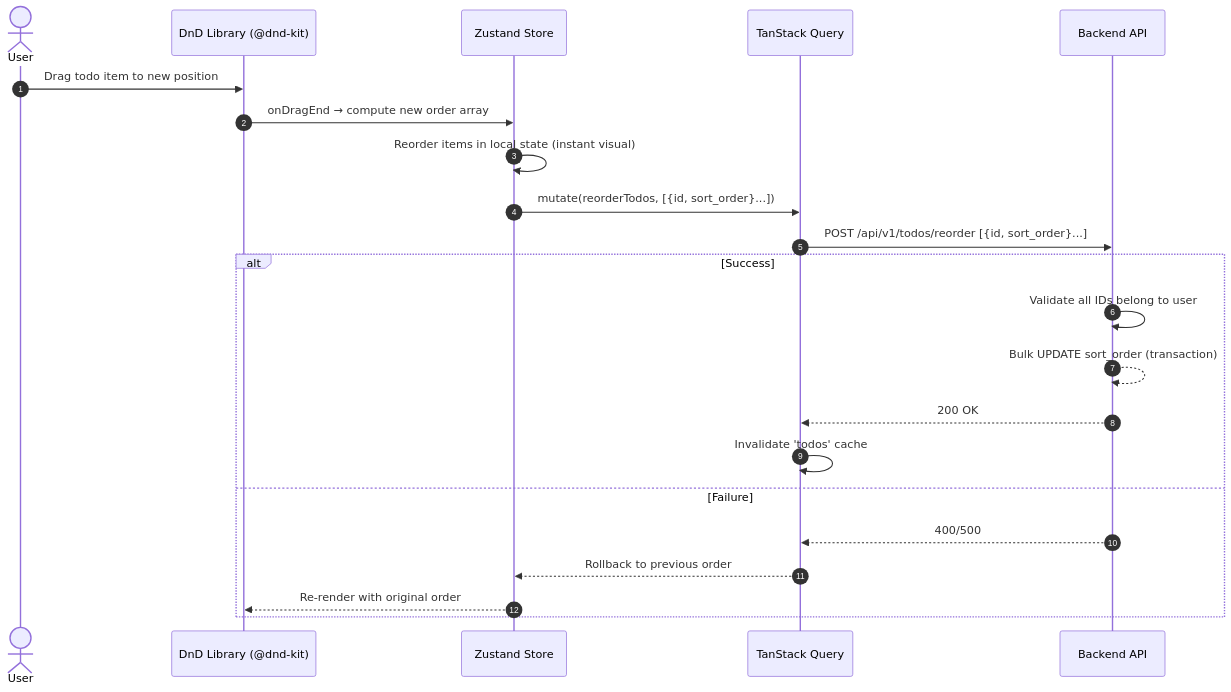
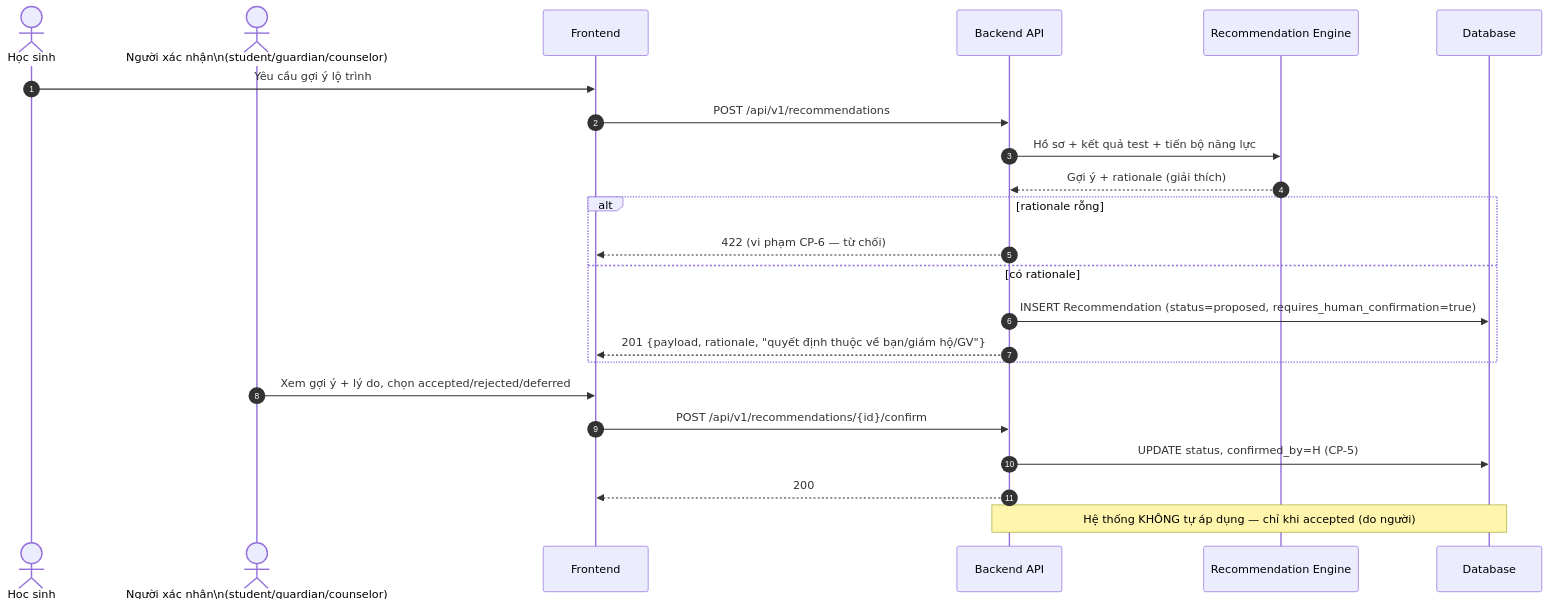
Before and after one commit to quangtanfet-commits/weup-career: the sixth of 8 diagrams in docs/architecture/sequence-diagrams.md, drawn with Mermaid. The commit also changed other lines of this file and 39 other files, not shown here.

````diff
--- a/docs/architecture/sequence-diagrams.md
+++ b/docs/architecture/sequence-diagrams.md
@@ -177,26 +168,26 @@
 ```mermaid
 sequenceDiagram
     autonumber
-    actor U as User
-    participant DnD as DnD Library (@dnd-kit)
-    participant Store as Zustand Store
-    participant Query as TanStack Query
+    actor U as Học sinh
+    actor H as Người xác nhận\n(student/guardian/counselor)
+    participant FE as Frontend
     participant API as Backend API
+    participant RE as Recommendation Engine
+    participant DB as Database
 
-    U->>DnD: Drag todo item to new position
-    DnD->>Store: onDragEnd → compute new order array
-    Store->>Store: Reorder items in local state (instant visual)
-    Store->>Query: mutate(reorderTodos, [{id, sort_order}...])
-    Query->>API: POST /api/v1/todos/reorder [{id, sort_order}...]
-    
-    alt Success
-        API->>API: Validate all IDs belong to user
-        API-->>API: Bulk UPDATE sort_order (transaction)
-        API-->>Query: 200 OK
-        Query->>Query: Invalidate 'todos' cache
-    else Failure
-        API-->>Query: 400/500
-        Query-->>Store: Rollback to previous order
-        Store-->>DnD: Re-render with original order
+    U->>FE: Yêu cầu gợi ý lộ trình
+    FE->>API: POST /api/v1/recommendations
+    API->>RE: Hồ sơ + kết quả test + tiến bộ năng lực
+    RE-->>API: Gợi ý + rationale (giải thích)
+    alt rationale rỗng
+        API-->>FE: 422 (vi phạm CP-6 — từ chối)
+    else có rationale
+        API->>DB: INSERT Recommendation (status=proposed, requires_human_confirmation=true)
+        API-->>FE: 201 {payload, rationale, "quyết định thuộc về bạn/giám hộ/GV"}
     end
+    H->>FE: Xem gợi ý + lý do, chọn accepted/rejected/deferred
+    FE->>API: POST /api/v1/recommendations/{id}/confirm
+    API->>DB: UPDATE status, confirmed_by=H (CP-5)
+    API-->>FE: 200
+    Note over API,DB: Hệ thống KHÔNG tự áp dụng — chỉ khi accepted (do người)
 ```
````
